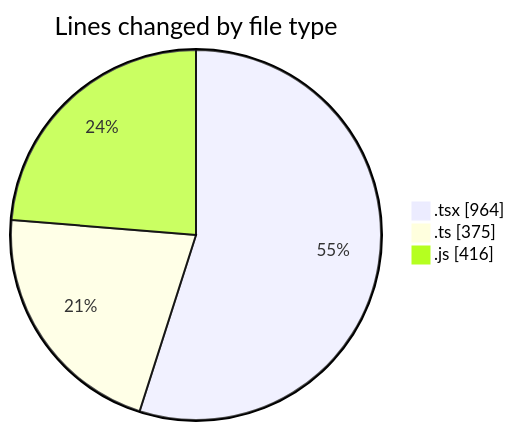
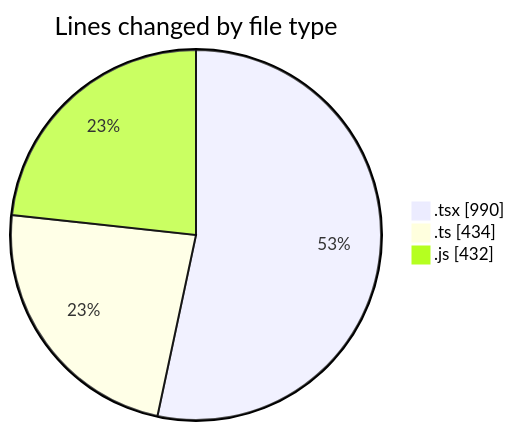
The first of 2 diagrams in 2026-05-29/cda/README.md (momahboobian/code-tracking), drawn with Mermaid before and after one commit. The commit also changed other lines of this file and 1 other file, not shown here.

````diff
--- a/2026-05-29/cda/README.md
+++ b/2026-05-29/cda/README.md
@@ -35,7 +35,7 @@
 ```mermaid
 pie showData
 title Lines changed by file type
-".tsx" : 964
-".ts" : 375
-".js" : 416
+".tsx" : 990
+".ts" : 434
+".js" : 432
 ```
````
